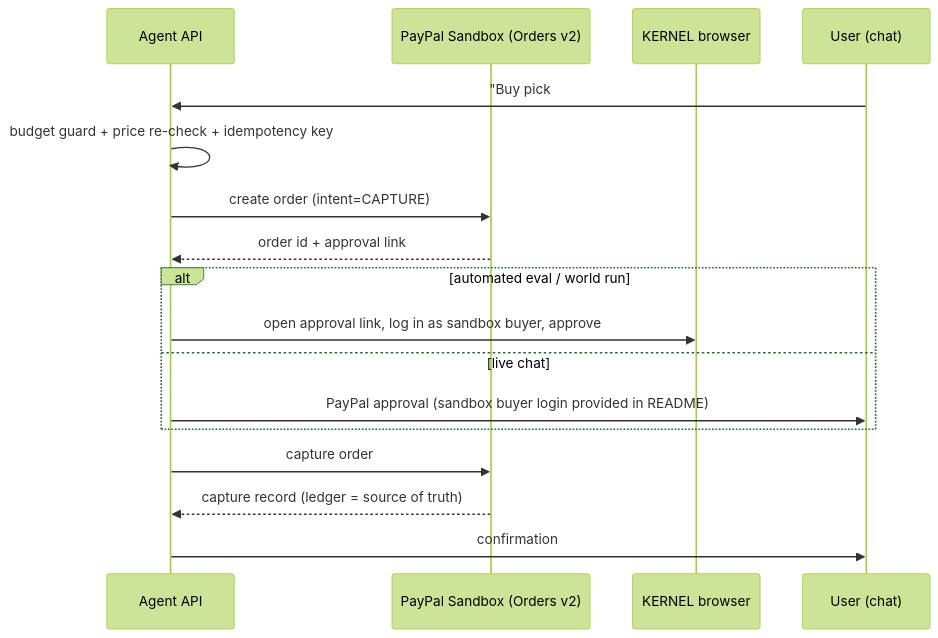
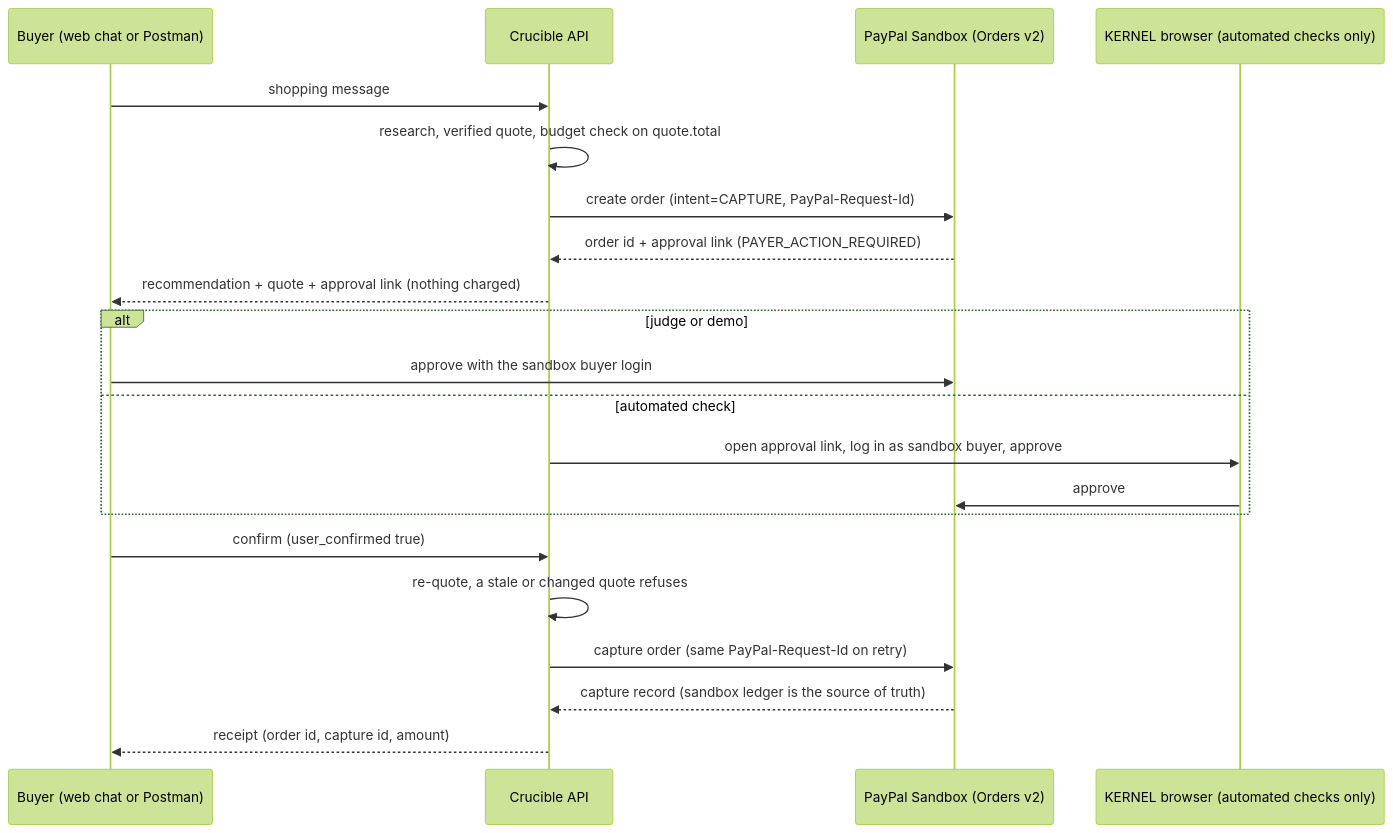
One commit to Back-Nit1/crucible changed the fifth of 10 diagrams in docs/ARCHITECTURE.md. Above: the diagram before and after it, drawn with Mermaid (forest theme). The commit also changed other lines of this file and 11 other files, not shown here.

Commit message:
docs(arch): fix unparseable Mermaid labels, accurate checkout flow; export all diagrams to SVG (mermaid-cli 11.4.2)

````diff
--- a/docs/ARCHITECTURE.md
+++ b/docs/ARCHITECTURE.md
@@ -93,19 +93,23 @@
 ```mermaid
 sequenceDiagram
-  participant API as Agent API
+  participant U as Buyer (web chat or Postman)
+  participant API as Crucible API
   participant PP as PayPal Sandbox (Orders v2)
-  participant K as KERNEL browser
-  participant U as User (chat)
-  U->>API: "Buy pick #1" (explicit confirm)
-  API->>API: budget guard + price re-check + idempotency key
-  API->>PP: create order (intent=CAPTURE)
-  PP-->>API: order id + approval link
-  alt automated eval / world run
+  participant K as KERNEL browser (automated checks only)
+  U->>API: shopping message
+  API->>API: research, verified quote, budget check on quote.total
+  API->>PP: create order (intent=CAPTURE, PayPal-Request-Id)
+  PP-->>API: order id + approval link (PAYER_ACTION_REQUIRED)
+  API-->>U: recommendation + quote + approval link (nothing charged)
+  alt judge or demo
+    U->>PP: approve with the sandbox buyer login
+  else automated check
     API->>K: open approval link, log in as sandbox buyer, approve
-  else live chat
-    API->>U: PayPal approval (sandbox buyer login provided in README)
+    K->>PP: approve
   end
-  API->>PP: capture order
-  PP-->>API: capture record (ledger = source of truth)
-  API->>U: confirmation
+  U->>API: confirm (user_confirmed true)
+  API->>API: re-quote, a stale or changed quote refuses
+  API->>PP: capture order (same PayPal-Request-Id on retry)
+  PP-->>API: capture record (sandbox ledger is the source of truth)
+  API-->>U: receipt (order id, capture id, amount)
 ```
````
